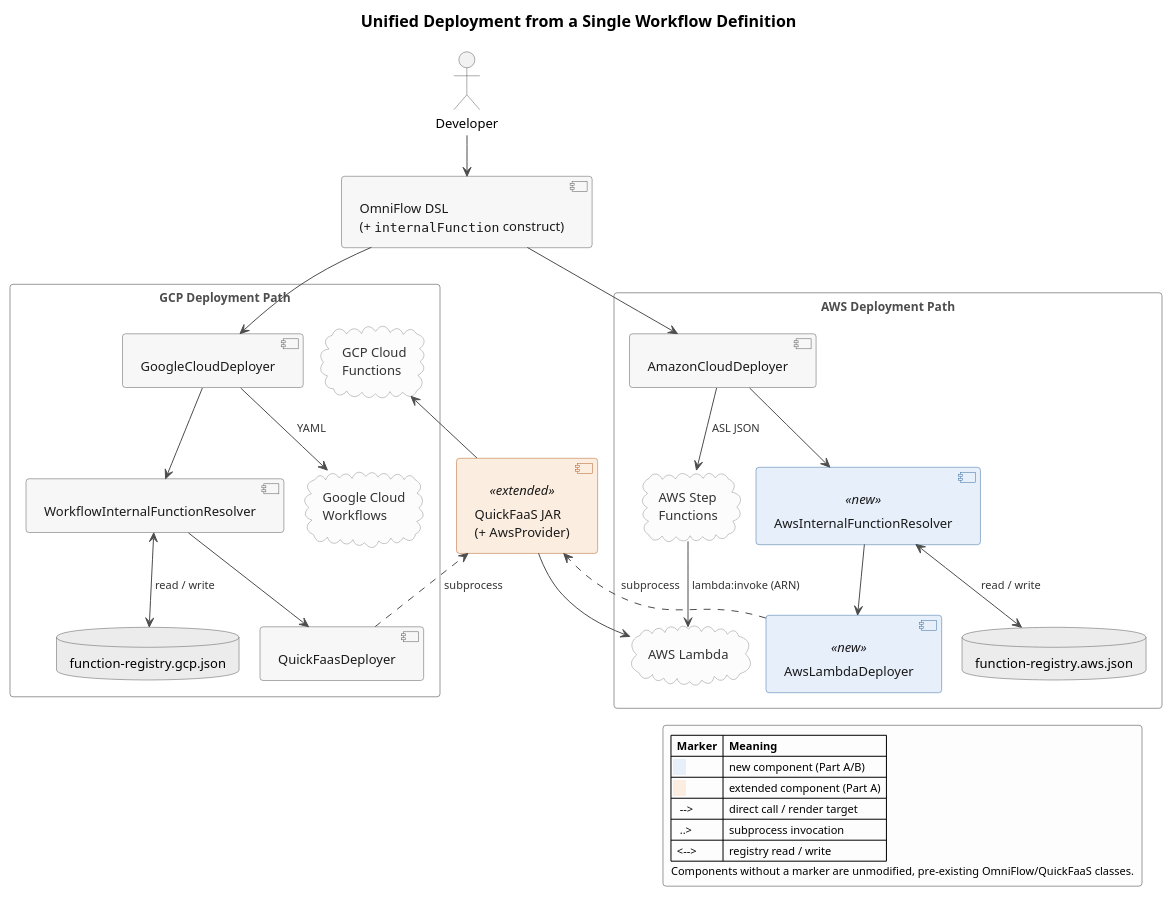
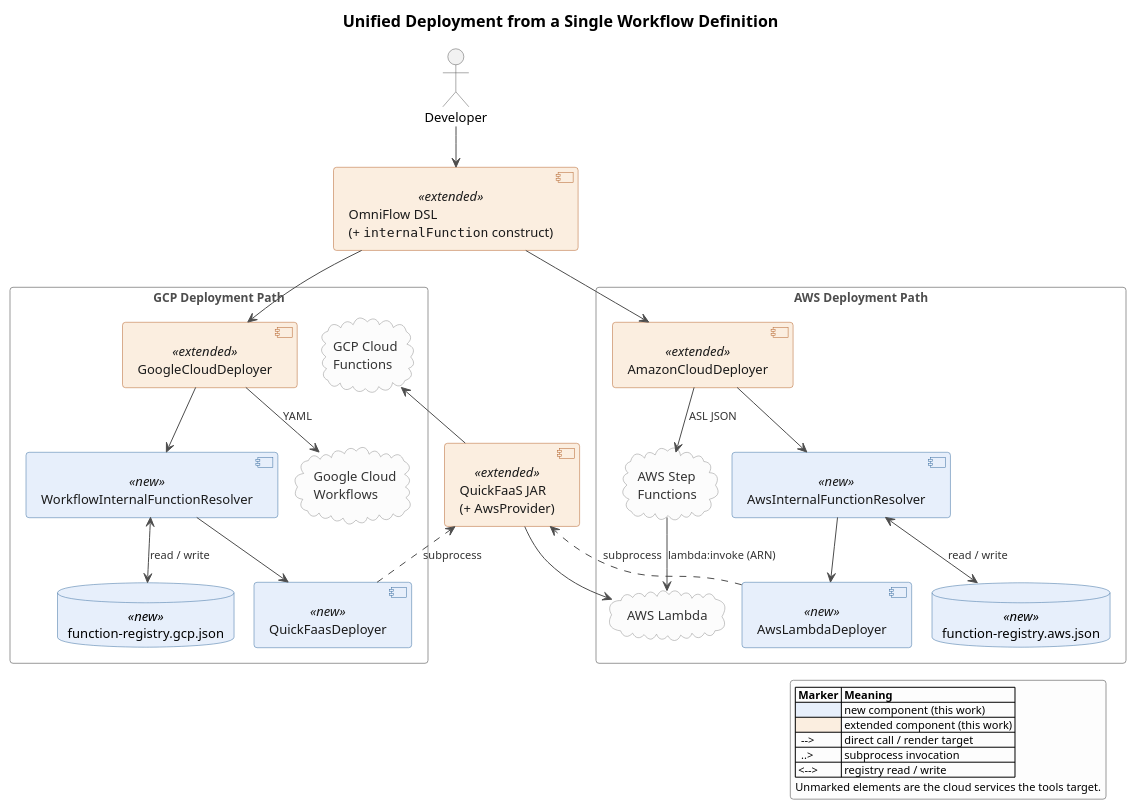
Before and after one commit to EngenheiroPedroCarvalho/ISEL-Thesis-2526: the diagram in diagrams/architecture-after.puml, drawn with PlantUML. The commit also changed 22 other files, not shown here.

First line of the commit message:
Bring the diagrams in line with the code

```diff
--- a/diagrams/architecture-after.puml
+++ b/diagrams/architecture-after.puml
@@ -1,119 +1,122 @@
 @startuml architecture-after
 skinparam monochrome false
 skinparam shadowing false
 skinparam roundcorner 6
 skinparam defaultFontName Helvetica
 skinparam defaultFontSize 13
 skinparam titleFontSize 16
 skinparam titleFontStyle bold
-skinparam padding 3
 skinparam nodesep 20
 skinparam ranksep 40
 
 skinparam ArrowColor #4D4D4D
 skinparam ArrowFontSize 11
 skinparam ArrowFontColor #333333
 
 skinparam actor {
   BackgroundColor #F2F2F2
   BorderColor #595959
 }
 
 skinparam component {
   BackgroundColor #F7F7F7
   BorderColor #595959
   FontColor #1A1A1A
 }
 skinparam component<<new>> {
   BackgroundColor #E7EFFB
   BorderColor #3B6FA0
   FontColor #1A1A1A
 }
 skinparam component<<extended>> {
   BackgroundColor #FBEEE0
   BorderColor #B4622A
   FontColor #1A1A1A
 }
 
 skinparam database {
   BackgroundColor #ECECEC
   BorderColor #595959
 }
+skinparam database<<new>> {
+  BackgroundColor #E7EFFB
+  BorderColor #3B6FA0
+}
 
 skinparam cloud {
   BackgroundColor #FCFCFC
   BorderColor #8C8C8C
   FontColor #333333
 }
 
 skinparam rectangle {
   BackgroundColor transparent
   BorderColor #999999
   FontColor #4D4D4D
   FontStyle bold
   FontSize 12
 }
 
 skinparam legend {
   BackgroundColor #FDFDFD
   BorderColor #999999
   FontSize 11
 }
 
 title Unified Deployment from a Single Workflow Definition
 
 actor "Developer" as D2
-component "OmniFlow DSL\n(+ ""internalFunction"" construct)" as DSL2
+component "OmniFlow DSL\n(+ ""internalFunction"" construct)" as DSL2 <<extended>>
 
 rectangle "GCP Deployment Path" {
-  component "GoogleCloudDeployer" as GCD2
-  component "WorkflowInternalFunctionResolver" as WIFR
-  component "QuickFaasDeployer" as QFD
+  component "GoogleCloudDeployer" as GCD2 <<extended>>
+  component "WorkflowInternalFunctionResolver" as WIFR <<new>>
+  component "QuickFaasDeployer" as QFD <<new>>
   cloud "Google Cloud\nWorkflows" as GCW2
   cloud "GCP Cloud\nFunctions" as GFN
-  database "function-registry.gcp.json" as REGG
+  database "function-registry.gcp.json" as REGG <<new>>
 }
 
 rectangle "AWS Deployment Path" {
-  component "AmazonCloudDeployer" as ACD2
+  component "AmazonCloudDeployer" as ACD2 <<extended>>
   component "AwsInternalFunctionResolver" as AIFR <<new>>
   component "AwsLambdaDeployer" as ALD <<new>>
   cloud "AWS Step\nFunctions" as SF2
   cloud "AWS Lambda" as LAM
-  database "function-registry.aws.json" as REGA
+  database "function-registry.aws.json" as REGA <<new>>
 }
 
 component "QuickFaaS JAR\n(+ AwsProvider)" as JAR <<extended>>
 
 D2 --> DSL2
 DSL2 --> GCD2
 DSL2 --> ACD2
 
 GCD2 --> WIFR
 ACD2 --> AIFR
 WIFR <--> REGG : read / write
 AIFR <--> REGA : read / write
 
 WIFR --> QFD
 AIFR --> ALD
 QFD ..> JAR : subprocess
 ALD ..> JAR : subprocess
 
 JAR --> GFN
 JAR --> LAM
 
 GCD2 --> GCW2 : YAML
 ACD2 --> SF2 : ASL JSON
 SF2 --> LAM : lambda:invoke (ARN)
 
 legend right
   |= Marker |= Meaning |
-  |<back:#E7EFFB>    </back>| new component (Part A/B) |
-  |<back:#FBEEE0>    </back>| extended component (Part A) |
+  |<#E7EFFB>        | new component (this work) |
+  |<#FBEEE0>        | extended component (this work) |
   |  --> | direct call / render target |
   |  ..> | subprocess invocation |
   | <--> | registry read / write |
-  Components without a marker are unmodified, pre-existing OmniFlow/QuickFaaS classes.
+  Unmarked elements are the cloud services the tools target.
 endlegend
 
 @enduml
```
